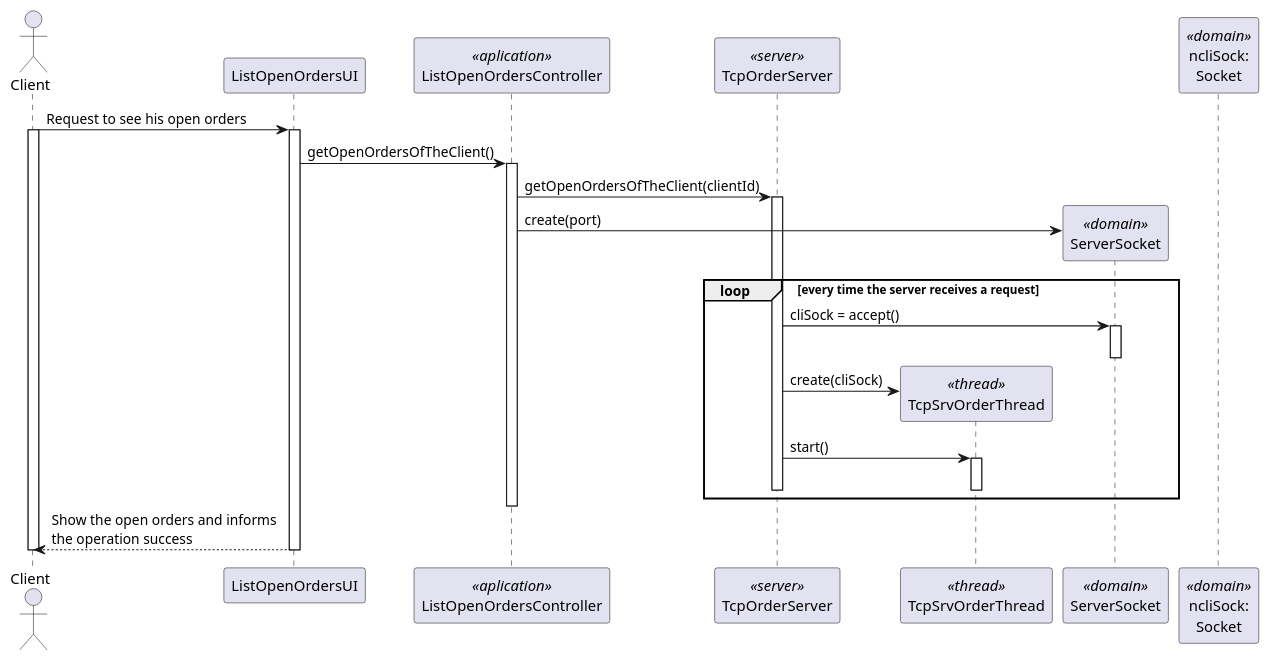
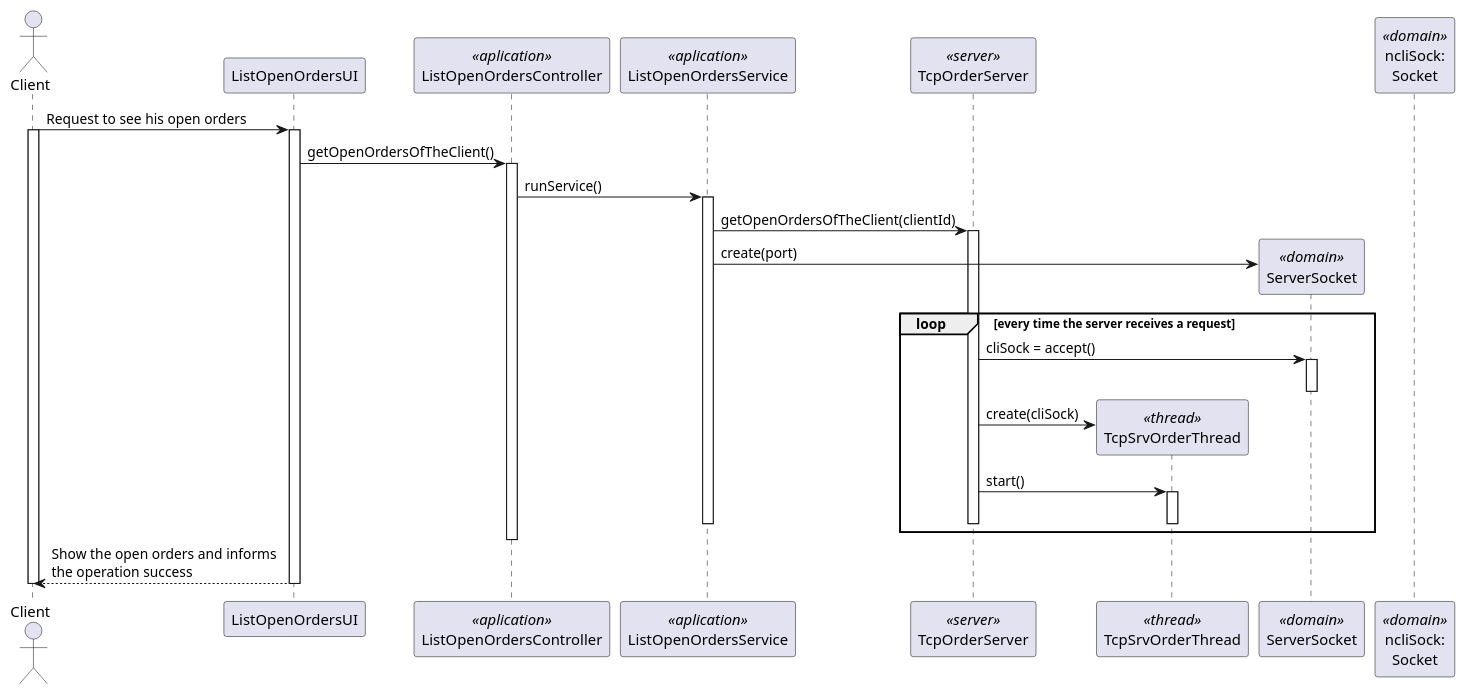
Before and after one commit to 0franciscor/lei21_22_s4_2de_01: the diagram in docs/1201382/US1502/US1502_SD.puml, drawn with PlantUML. The commit also changed 2 other files, not shown here.

Commit message:
#33 - Some changes in Sequence Diagram to US1502

```diff
--- a/docs/1201382/US1502/US1502_SD.puml
+++ b/docs/1201382/US1502/US1502_SD.puml
@@ -1,55 +1,59 @@
 @startuml
 'https://plantuml.com/sequence-diagram
 
 actor "Client" as EMPLOYEE
 participant ListOpenOrdersUI as UI
 participant ListOpenOrdersController as CT <<aplication>>
+participant ListOpenOrdersService as SV <<aplication>>
 participant TcpOrderServer as SRV <<server>>
 participant TcpSrvOrderThread as RQ <<thread>>
 participant ServerSocket as SS <<domain>>
 participant "ncliSock:\nSocket" as S <<domain>>
 
 EMPLOYEE -> UI : Request to see his open orders
 activate EMPLOYEE
 
 activate UI
 UI -> CT : getOpenOrdersOfTheClient()
 activate CT
+CT -> SV : runService()
+activate SV
 
 
 
-CT -> SRV : getOpenOrdersOfTheClient(clientId)
+SV -> SRV : getOpenOrdersOfTheClient(clientId)
+
 activate SRV
 
 
-CT -> SS** : create(port)
+SV -> SS** : create(port)
 
 loop every time the server receives a request
 
 SRV -> SS : cliSock = accept()
 
 activate SS
 deactivate SS
 
 SRV -> RQ** : create(cliSock)
 
 SRV -> RQ : start()
 activate RQ
 deactivate SRV
 
 
 deactivate RQ
-
+deactivate SV
 end
 deactivate CT
 
 UI --> EMPLOYEE : Show the open orders and informs\nthe operation success
 deactivate UI
 deactivate EMPLOYEE
 
 
 
 
 
 deactivate SRV
 @enduml
```
